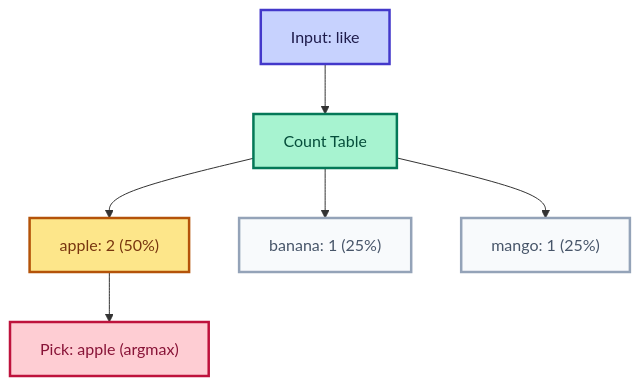
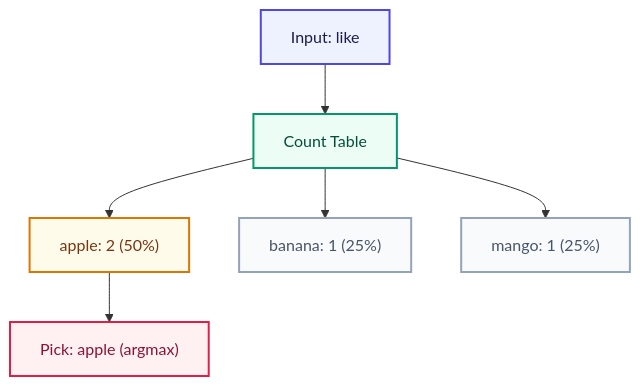
Before and after one commit to bhNibir/build-own-llm: the diagram in content/docs/part-02-bigram/03-predict.mdx, drawn with Mermaid. The commit also changed 18 other files, not shown here.

First line of the commit message:
Revise color palettes and styles for improved diagram clarity

````diff
--- a/content/docs/part-02-bigram/03-predict.mdx
+++ b/content/docs/part-02-bigram/03-predict.mdx
@@ -25,13 +25,13 @@
 ```mermaid
 flowchart TD
     input["Input: like"]:::input --> table["Count Table"]:::process
     table --> apple["apple: 2 (50%)"]:::output
     table --> banana["banana: 1 (25%)"]:::dim
     table --> mango["mango: 1 (25%)"]:::dim
     apple --> pick["Pick: apple (argmax)"]:::highlight
-    classDef input fill:#C7D2FE,color:#1E1B4B,stroke:#4338CA,stroke-width:2.5px
-    classDef process fill:#A7F3D0,color:#064E3B,stroke:#047857,stroke-width:2.5px
-    classDef output fill:#FDE68A,color:#78350F,stroke:#B45309,stroke-width:2.5px
-    classDef dim fill:#F8FAFC,color:#475569,stroke:#94A3B8,stroke-width:2.5px
-    classDef highlight fill:#FECDD3,color:#881337,stroke:#BE123C,stroke-width:2.5px
+    classDef input fill:#EEF2FF,color:#1E1B4B,stroke:#4F46E5,stroke-width:2px
+    classDef process fill:#ECFDF5,color:#064E3B,stroke:#059669,stroke-width:2px
+    classDef output fill:#FFFBEB,color:#78350F,stroke:#D97706,stroke-width:2px
+    classDef dim fill:#F8FAFC,color:#475569,stroke:#94A3B8,stroke-width:2px
+    classDef highlight fill:#FFF1F2,color:#881337,stroke:#E11D48,stroke-width:2px
 ```
````
